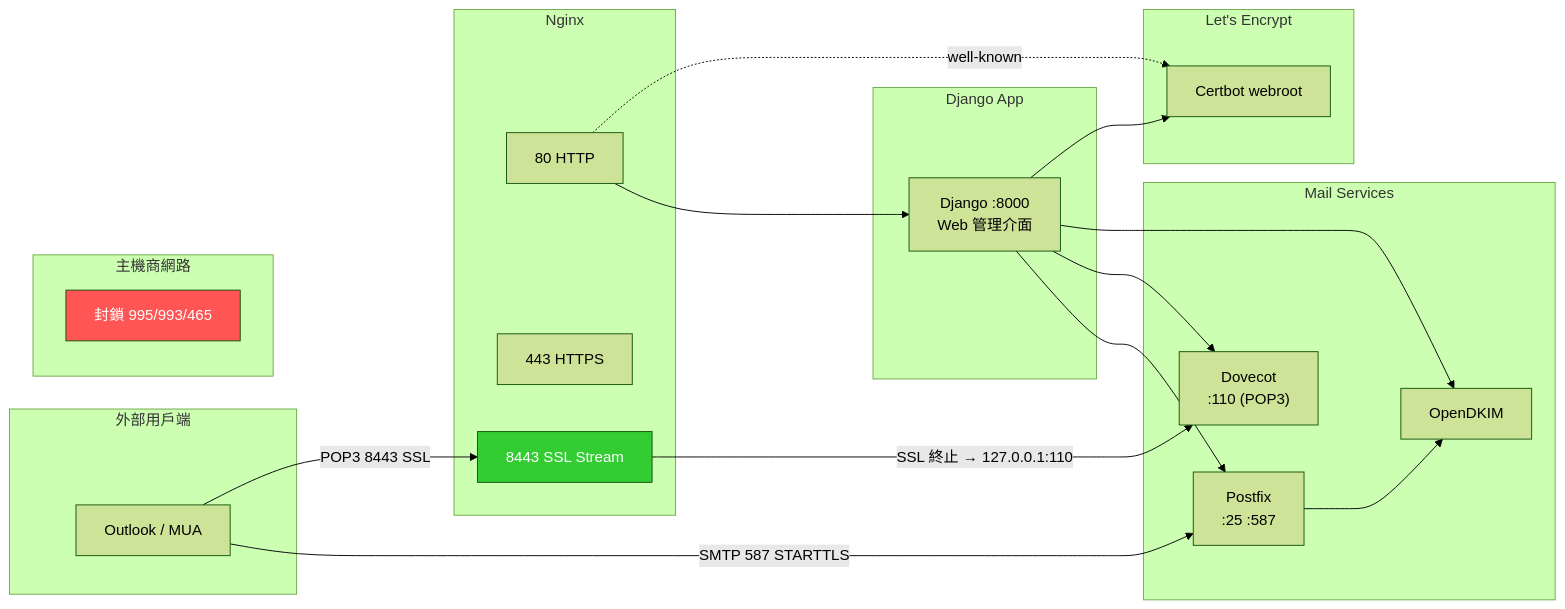
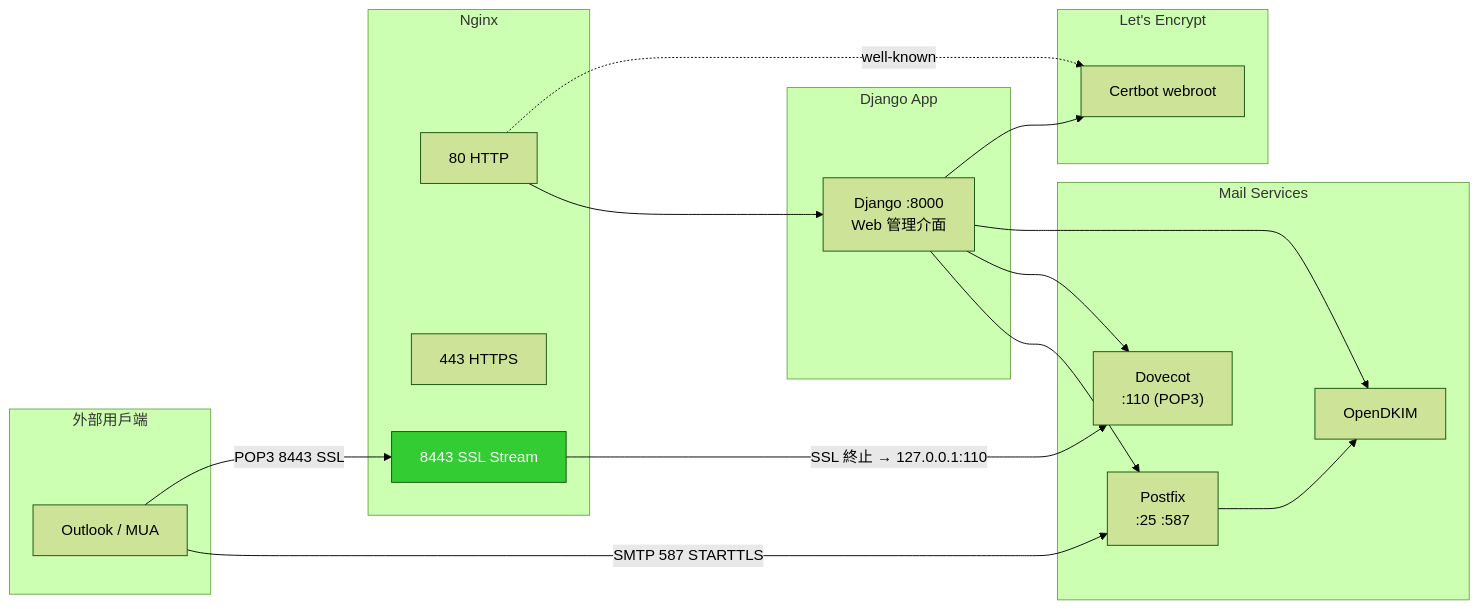
One commit to hsjinde/my-note changed the first of 2 diagrams in 工作專案/Postfix-Manager-郵件伺服器管理系統.md. Above: the diagram before and after it, drawn with Mermaid (forest theme). The commit also changed other lines of this file, not shown here.

````diff
--- a/工作專案/Postfix-Manager-郵件伺服器管理系統.md
+++ b/工作專案/Postfix-Manager-郵件伺服器管理系統.md
@@ -142,44 +142,39 @@
 ```mermaid
 graph LR
     subgraph 外部用戶端
         MUA[Outlook / MUA]
-    end
-
-    subgraph 主機商網路
-        BLOCK["封鎖 995/993/465"]
     end
 
     subgraph Nginx
         N80["80 HTTP"]
         N443["443 HTTPS"]
         N8443["8443 SSL Stream"]
     end
 
     subgraph Django App
         APP["Django :8000\nWeb 管理介面"]
     end
 
     subgraph Mail Services
         PF["Postfix\n:25 :587"]
         DV["Dovecot\n:110 (POP3)"]
         DK["OpenDKIM"]
     end
 
     subgraph Let's Encrypt
         CB[Certbot webroot]
     end
 
     MUA -- "SMTP 587 STARTTLS" --> PF
     MUA -- "POP3 8443 SSL" --> N8443
     N8443 -- "SSL 終止 → 127.0.0.1:110" --> DV
     N80 --> APP
     N80 -. "well-known" .-> CB
     APP --> PF
     APP --> DV
     APP --> DK
     APP --> CB
     PF --> DK
 
-    style BLOCK fill:#f55,color:#fff
     style N8443 fill:#3c3,color:#fff
 ```
````
